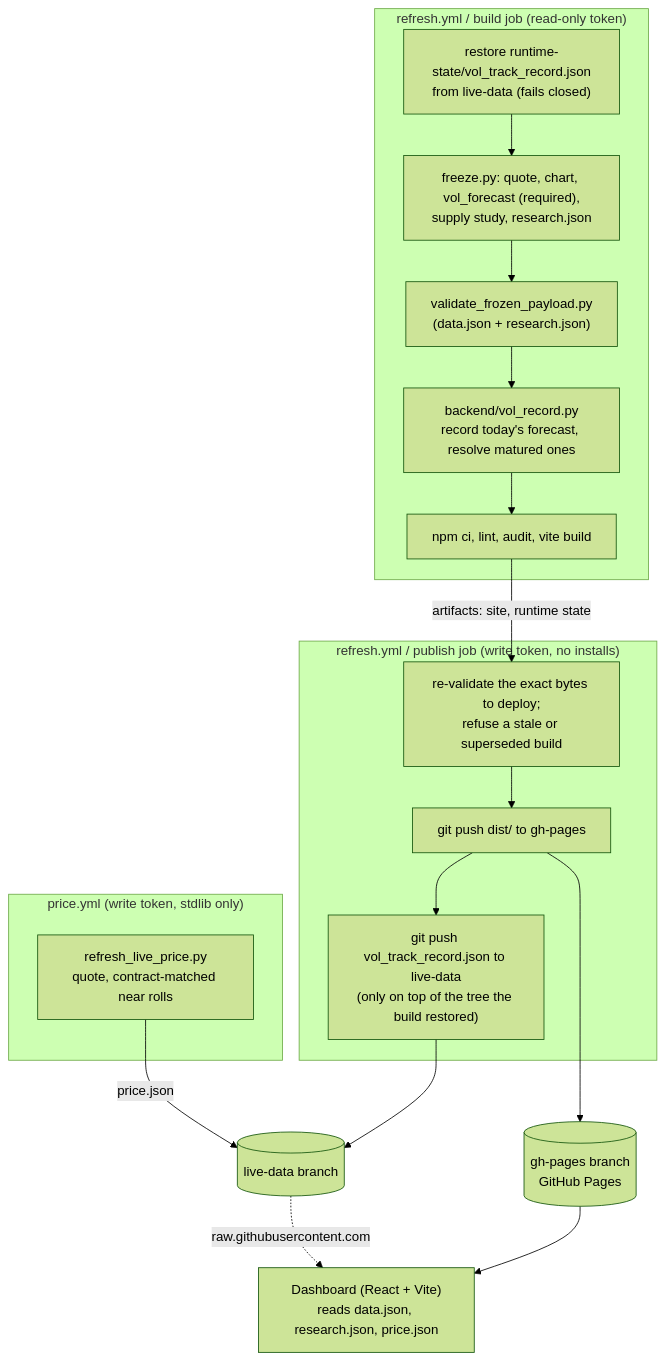
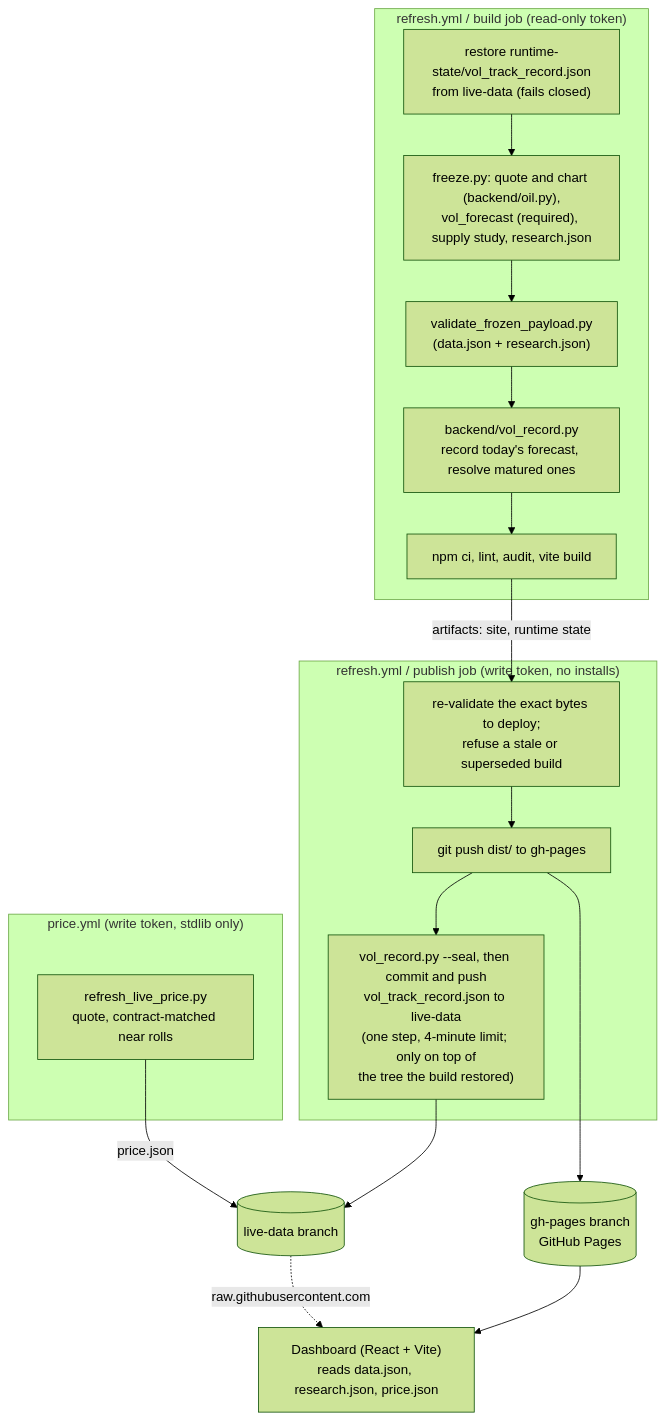
One commit to NavnoorBawa/WTI-Crude-Oil-Futures changed the second of 2 diagrams in docs/ARCHITECTURE.md. Above: the diagram before and after it, drawn with Mermaid (forest theme). The commit also changed other lines of this file and 14 other files, not shown here.

````diff
--- a/docs/ARCHITECTURE.md
+++ b/docs/ARCHITECTURE.md
@@ -46,26 +70,26 @@
 ```mermaid
 flowchart TB
     subgraph build["refresh.yml / build job (read-only token)"]
         R1["restore runtime-state/vol_track_record.json<br/>from live-data (fails closed)"]
-        F1["freeze.py: quote, chart, vol_forecast (required),<br/>supply study, research.json"]
+        F1["freeze.py: quote and chart (backend/oil.py),<br/>vol_forecast (required), supply study, research.json"]
         V1["validate_frozen_payload.py<br/>(data.json + research.json)"]
         VR["backend/vol_record.py<br/>record today's forecast, resolve matured ones"]
         NB["npm ci, lint, audit, vite build"]
         R1 --> F1 --> V1 --> VR --> NB
     end
     subgraph publish["refresh.yml / publish job (write token, no installs)"]
         P1["re-validate the exact bytes to deploy;<br/>refuse a stale or superseded build"]
         P2["git push dist/ to gh-pages"]
-        P3["git push vol_track_record.json to live-data<br/>(only on top of the tree the build restored)"]
+        P3["vol_record.py --seal, then commit and push<br/>vol_track_record.json to live-data<br/>(one step, 4-minute limit; only on top of<br/>the tree the build restored)"]
         P1 --> P2 --> P3
     end
     NB -- "artifacts: site, runtime state" --> P1
     subgraph price["price.yml (write token, stdlib only)"]
         Q["refresh_live_price.py<br/>quote, contract-matched near rolls"]
     end
     Q -- "price.json" --> LD[("live-data branch")]
     P3 --> LD
     P2 --> GP[("gh-pages branch<br/>GitHub Pages")]
     GP --> UI["Dashboard (React + Vite)<br/>reads data.json, research.json, price.json"]
     LD -. "raw.githubusercontent.com" .-> UI
 ```
````
